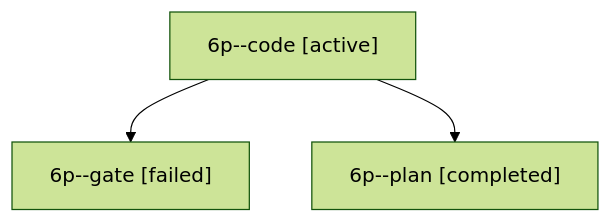
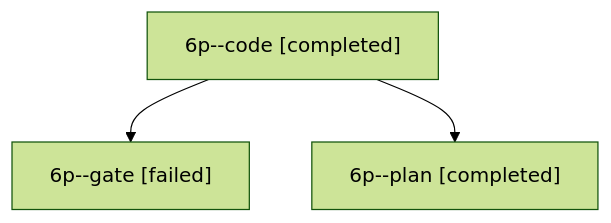
One commit to sase-org/sase--agents changed the diagram in sessions/bbugyi200.apollo.6p.md. Above: the diagram before and after it, drawn with Mermaid (forest theme). The commit also changed other lines of this file and 12 other files, not shown here.

````diff
--- a/sessions/bbugyi200.apollo.6p.md
+++ b/sessions/bbugyi200.apollo.6p.md
@@ -9,8 +9,8 @@
 ```mermaid
 flowchart TD
-  n0["6p--code [active]"]
+  n0["6p--code [completed]"]
   n1["6p--gate [failed]"]
   n0 --> n1
   n2["6p--plan [completed]"]
   n0 --> n2
 ```
````
